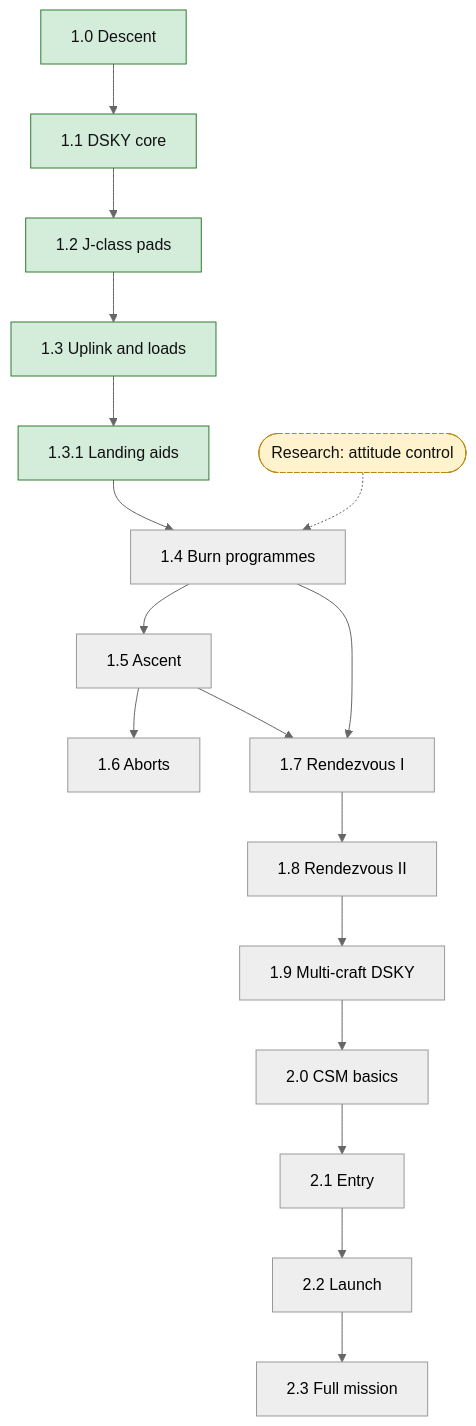
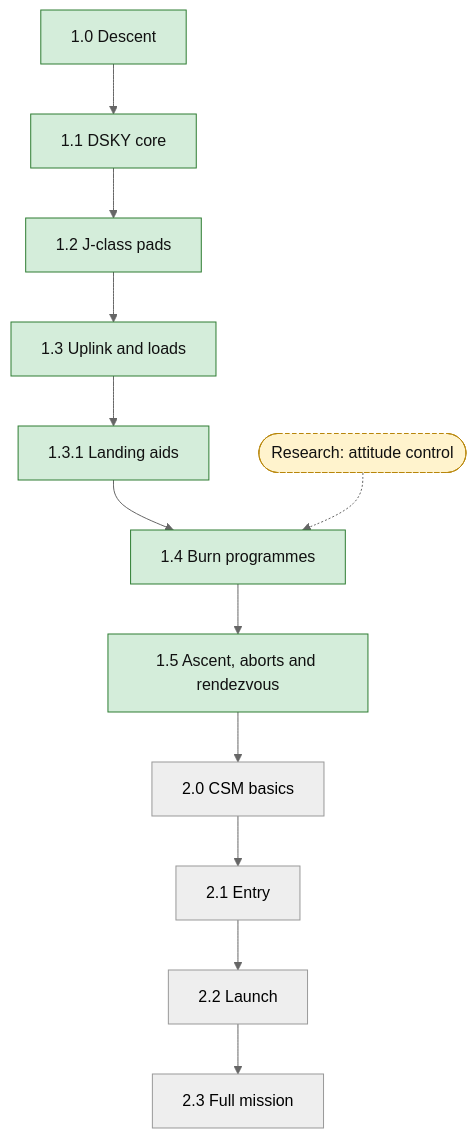
One commit to EclipticPoyo/apollo-lm-guidance-kos changed the diagram in ROADMAP.md. Above: the diagram before and after it, drawn with Mermaid (neutral theme). The commit also changed other lines of this file and 190 other files, not shown here.

Commit message:
Release 1.5: ascent, aborts and rendezvous

````diff
--- a/ROADMAP.md
+++ b/ROADMAP.md
@@ -44,23 +40,18 @@
 ```mermaid
 flowchart TD
     v10["1.0 Descent"] --> v11["1.1 DSKY core"]
     v11 --> v12["1.2 J-class pads"]
     v12 --> v13["1.3 Uplink and loads"]
     v13 --> v131["1.3.1 Landing aids"]
     v131 --> v14["1.4 Burn programmes"]
     att(["Research: attitude control"]) -.-> v14
-    v14 --> v15["1.5 Ascent"]
-    v15 --> v16["1.6 Aborts"]
-    v14 --> v17["1.7 Rendezvous I"]
-    v15 --> v17
-    v17 --> v18["1.8 Rendezvous II"]
-    v18 --> v19["1.9 Multi-craft DSKY"]
-    v19 --> v20["2.0 CSM basics"]
+    v14 --> v15["1.5 Ascent, aborts and rendezvous"]
+    v15 --> v20["2.0 CSM basics"]
     v20 --> v21["2.1 Entry"]
     v21 --> v22["2.2 Launch"]
     v22 --> v23["2.3 Full mission"]
     classDef done fill:#d4edda,stroke:#2e7d32,color:#111111
     classDef research fill:#fff3cd,stroke:#b8860b,color:#111111,stroke-dasharray:4 3
-    class v10,v11,v12,v13,v131 done
+    class v10,v11,v12,v13,v131,v14,v15 done
     class att research
 ```
````
